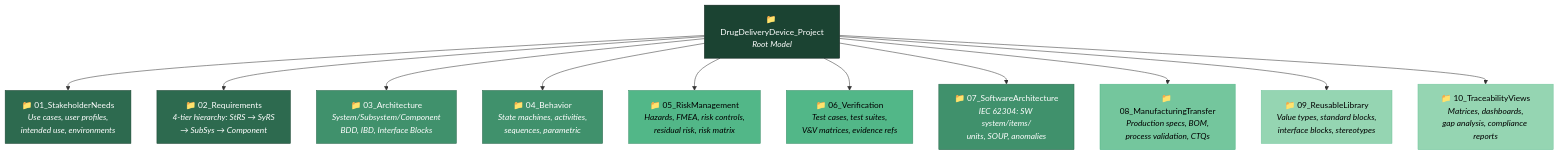
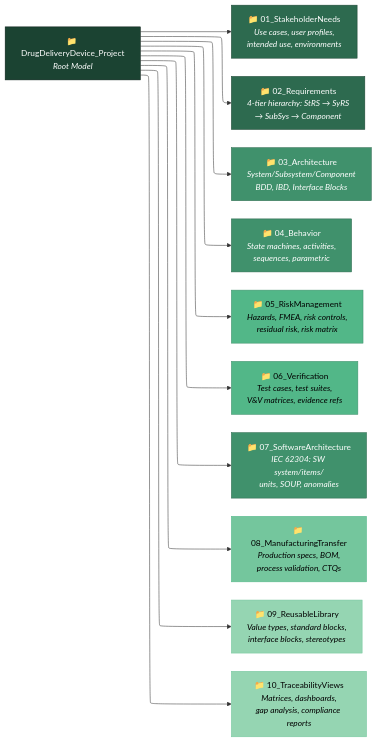
Before and after one commit to llaallii/cuddly-barnacle: the fourth of 12 diagrams in 00 master outline mbse framework.md, drawn with Mermaid. The commit also changed other lines of this file, not shown here.

First line of the commit message:
Refactor mermaid diagrams for clarity and layout

````diff
--- a/00 master outline mbse framework.md
+++ b/00 master outline mbse framework.md
@@ -199,27 +206,20 @@
 ```mermaid
-graph TD
-    ROOT["📁 DrugDeliveryDevice_Project<br/><i>Root Model</i>"]
-
-    ROOT --> P01["📁 01_StakeholderNeeds<br/><i>Use cases, user profiles,<br/>intended use, environments</i>"]
-    ROOT --> P02["📁 02_Requirements<br/><i>4-tier hierarchy: StRS → SyRS<br/>→ SubSys → Component</i>"]
-    ROOT --> P03["📁 03_Architecture<br/><i>System/Subsystem/Component<br/>BDD, IBD, Interface Blocks</i>"]
-    ROOT --> P04["📁 04_Behavior<br/><i>State machines, activities,<br/>sequences, parametric</i>"]
-    ROOT --> P05["📁 05_RiskManagement<br/><i>Hazards, FMEA, risk controls,<br/>residual risk, risk matrix</i>"]
-    ROOT --> P06["📁 06_Verification<br/><i>Test cases, test suites,<br/>V&V matrices, evidence refs</i>"]
-    ROOT --> P07["📁 07_SoftwareArchitecture<br/><i>IEC 62304: SW system/items/<br/>units, SOUP, anomalies</i>"]
-    ROOT --> P08["📁 08_ManufacturingTransfer<br/><i>Production specs, BOM,<br/>process validation, CTQs</i>"]
-    ROOT --> P09["📁 09_ReusableLibrary<br/><i>Value types, standard blocks,<br/>interface blocks, stereotypes</i>"]
-    ROOT --> P10["📁 10_TraceabilityViews<br/><i>Matrices, dashboards,<br/>gap analysis, compliance reports</i>"]
+---
+config:
+  layout: elk
+---
+flowchart LR
+    ROOT["📁 DrugDeliveryDevice_Project<br><i>Root Model</i>"] --> P01["📁 01_StakeholderNeeds<br><i>Use cases, user profiles,<br>intended use, environments</i>"] & P02["📁 02_Requirements<br><i>4-tier hierarchy: StRS → SyRS<br>→ SubSys → Component</i>"] & P03["📁 03_Architecture<br><i>System/Subsystem/Component<br>BDD, IBD, Interface Blocks</i>"] & P04["📁 04_Behavior<br><i>State machines, activities,<br>sequences, parametric</i>"] & P05["📁 05_RiskManagement<br><i>Hazards, FMEA, risk controls,<br>residual risk, risk matrix</i>"] & P06["📁 06_Verification<br><i>Test cases, test suites,<br>V&amp;V matrices, evidence refs</i>"] & P07["📁 07_SoftwareArchitecture<br><i>IEC 62304: SW system/items/<br>units, SOUP, anomalies</i>"] & P08["📁 08_ManufacturingTransfer<br><i>Production specs, BOM,<br>process validation, CTQs</i>"] & P09["📁 09_ReusableLibrary<br><i>Value types, standard blocks,<br>interface blocks, stereotypes</i>"] & P10["📁 10_TraceabilityViews<br><i>Matrices, dashboards,<br>gap analysis, compliance reports</i>"]
 
     style ROOT fill:#1b4332,stroke:#081c15,color:#fff
     style P01 fill:#2d6a4f,stroke:#1b4332,color:#fff
     style P02 fill:#2d6a4f,stroke:#1b4332,color:#fff
     style P03 fill:#40916c,stroke:#2d6a4f,color:#fff
     style P04 fill:#40916c,stroke:#2d6a4f,color:#fff
     style P05 fill:#52b788,stroke:#40916c,color:#000
     style P06 fill:#52b788,stroke:#40916c,color:#000
     style P07 fill:#40916c,stroke:#2d6a4f,color:#fff
     style P08 fill:#74c69d,stroke:#52b788,color:#000
     style P09 fill:#95d5b2,stroke:#74c69d,color:#000
     style P10 fill:#95d5b2,stroke:#74c69d,color:#000
 ```
````
